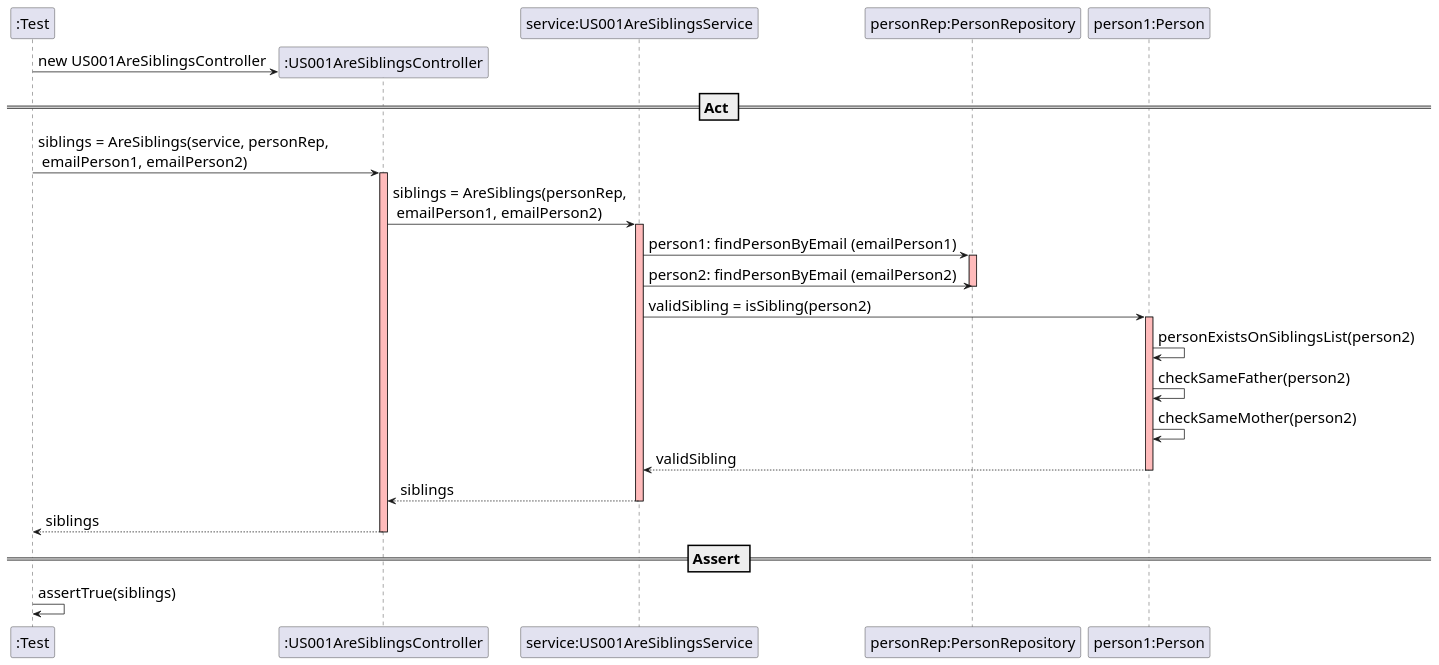
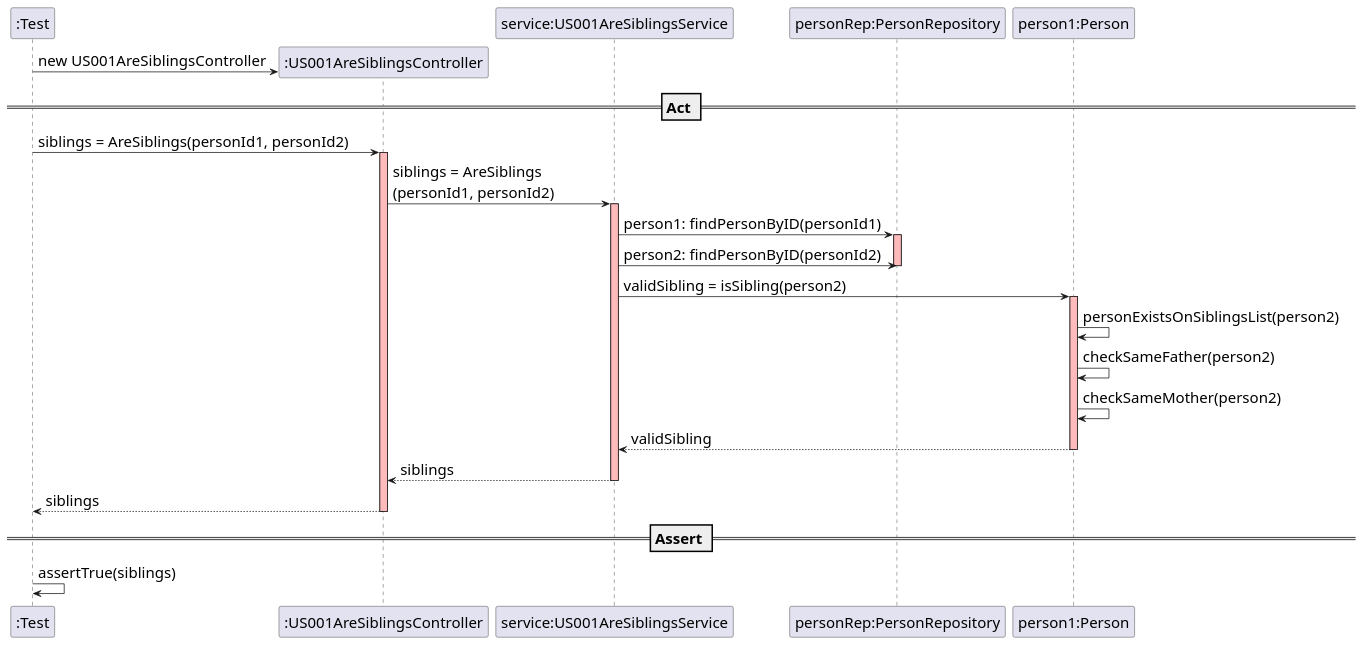
The diagram in src/main/java/switch2019/project/controllers/US001AreSiblingsSD.puml (mleitaoribeiro/DevOpsMaven), drawn with PlantUML before and after one commit.

```diff
--- a/src/main/java/switch2019/project/controllers/US001AreSiblingsSD.puml
+++ b/src/main/java/switch2019/project/controllers/US001AreSiblingsSD.puml
@@ -1,47 +1,47 @@
 @startuml
 skinparam DefaultFontSize 20
 create ":Test"
 
 create ":US001AreSiblingsController"
 ":Test" -> ":US001AreSiblingsController" : new US001AreSiblingsController
 
 participant "service:US001AreSiblingsService"
 participant "personRep:PersonRepository"
 participant "person1:Person"
 
 == Act ==
 
-":Test" -> ":US001AreSiblingsController" : siblings = AreSiblings(service, personRep,\n emailPerson1, emailPerson2)
+":Test" -> ":US001AreSiblingsController" : siblings = AreSiblings(personId1, personId2)
 activate ":US001AreSiblingsController"  #FFBBBB
 
-":US001AreSiblingsController"-> "service:US001AreSiblingsService" : siblings = AreSiblings(personRep,\n emailPerson1, emailPerson2)
+":US001AreSiblingsController"-> "service:US001AreSiblingsService" : siblings = AreSiblings\n(personId1, personId2)
 activate "service:US001AreSiblingsService"  #FFBBBB
 
-"service:US001AreSiblingsService" -> "personRep:PersonRepository" : person1: findPersonByEmail (emailPerson1)
+"service:US001AreSiblingsService" -> "personRep:PersonRepository" : person1: findPersonByID(personId1)
 activate "personRep:PersonRepository" #FFBBBB
 
-"service:US001AreSiblingsService" -> "personRep:PersonRepository" : person2: findPersonByEmail (emailPerson2)
+"service:US001AreSiblingsService" -> "personRep:PersonRepository" : person2: findPersonByID(personId2)
 
 deactivate "personRep:PersonRepository" #FFBBBB
 
 "service:US001AreSiblingsService" -> "person1:Person" : validSibling = isSibling(person2)
 activate "person1:Person"  #FFBBBB
 
 "person1:Person" -> "person1:Person" :  personExistsOnSiblingsList(person2)
 "person1:Person" -> "person1:Person" :  checkSameFather(person2)
 "person1:Person" -> "person1:Person" :  checkSameMother(person2)
 
 "person1:Person" --> "service:US001AreSiblingsService" : validSibling
 deactivate "person1:Person"
 
 "service:US001AreSiblingsService"--> ":US001AreSiblingsController" : siblings
 deactivate "service:US001AreSiblingsService"
 
 ":US001AreSiblingsController" --> ":Test" : siblings
 deactivate ":US001AreSiblingsController"
 
 == Assert ==
 
 ":Test" -> ":Test" : assertTrue(siblings)
 
 @enduml
```
